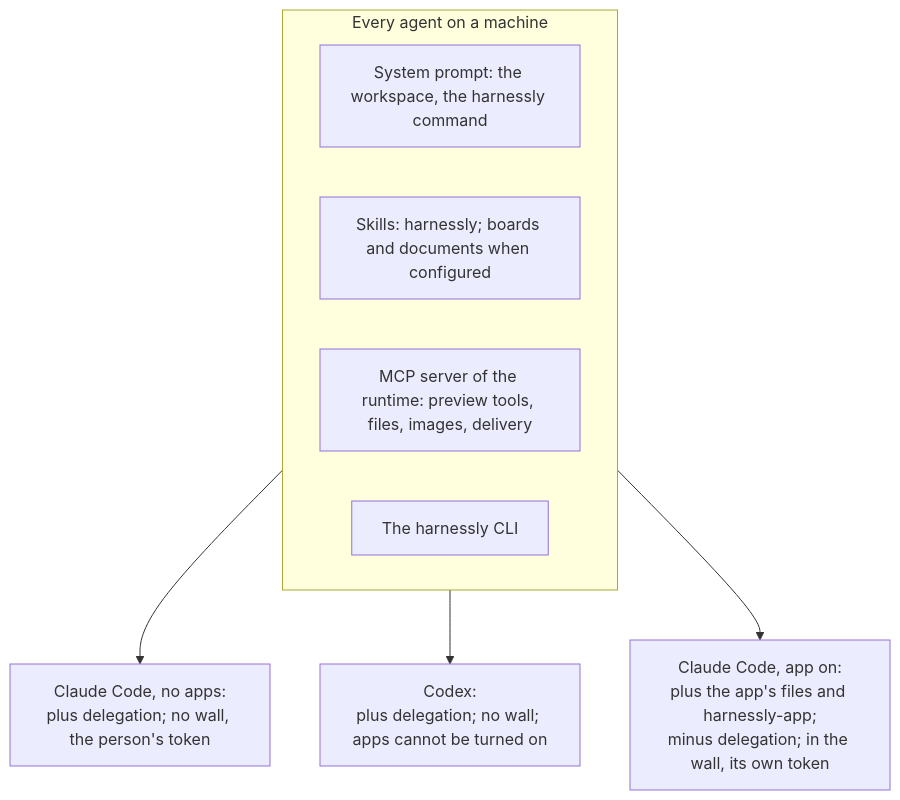
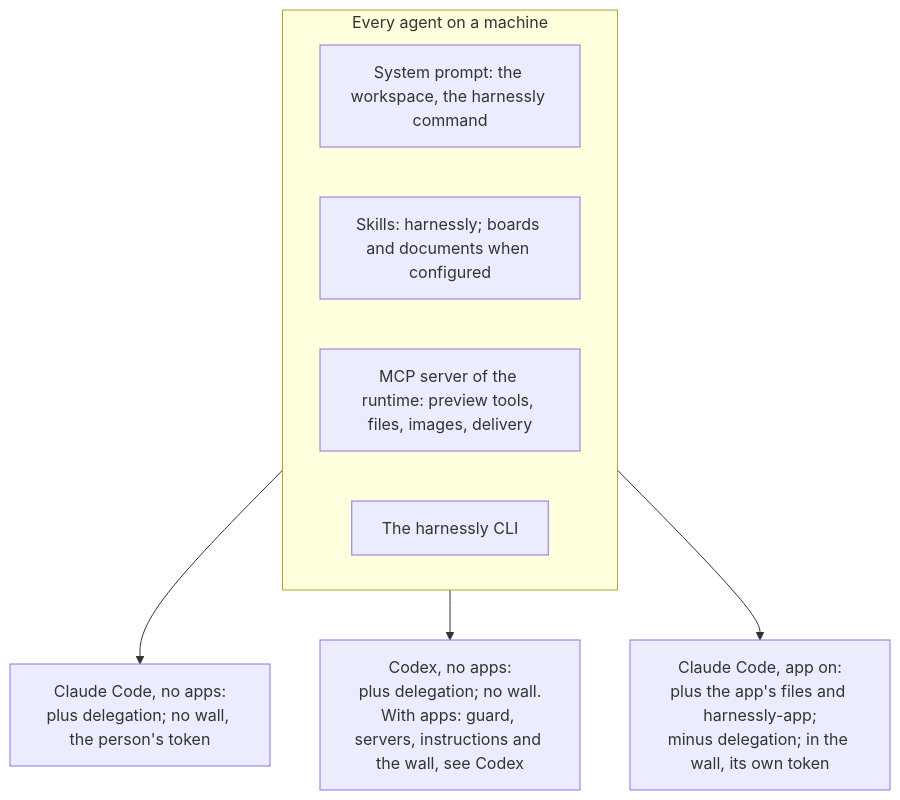
Before and after one commit to arklual/harnessly: the first of 2 diagrams in docs/build-apps/05-agents.md, drawn with Mermaid. The commit also changed other lines of this file and 691 other files, not shown here.

````diff
--- a/docs/build-apps/05-agents.md
+++ b/docs/build-apps/05-agents.md
@@ -21,12 +21,12 @@
 ```mermaid
 flowchart TB
   subgraph all["Every agent on a machine"]
     p["System prompt: the workspace, the harnessly command"]
     s["Skills: harnessly; boards and documents when configured"]
     m["MCP server of the runtime: preview tools, files, images, delivery"]
     c["The harnessly CLI"]
   end
   all --> a["Claude Code, no apps:<br/>plus delegation; no wall, the person's token"]
-  all --> c2["Codex:<br/>plus delegation; no wall; apps cannot be turned on"]
+  all --> c2["Codex, no apps:<br/>plus delegation; no wall.<br/>With apps: guard, servers, instructions and the wall, see Codex"]
   all --> b["Claude Code, app on:<br/>plus the app's files and harnessly-app;<br/>minus delegation; in the wall, its own token"]
 ```
````
